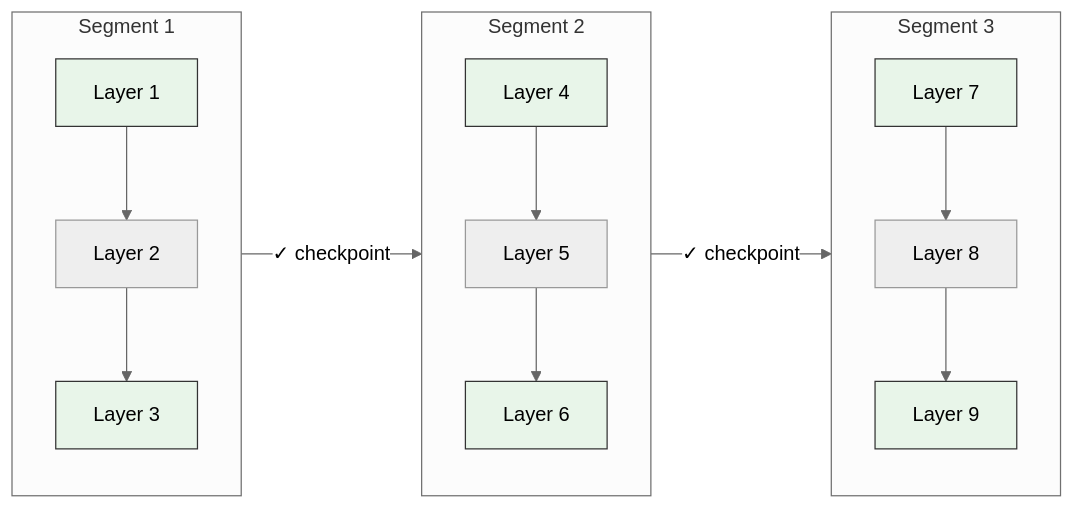
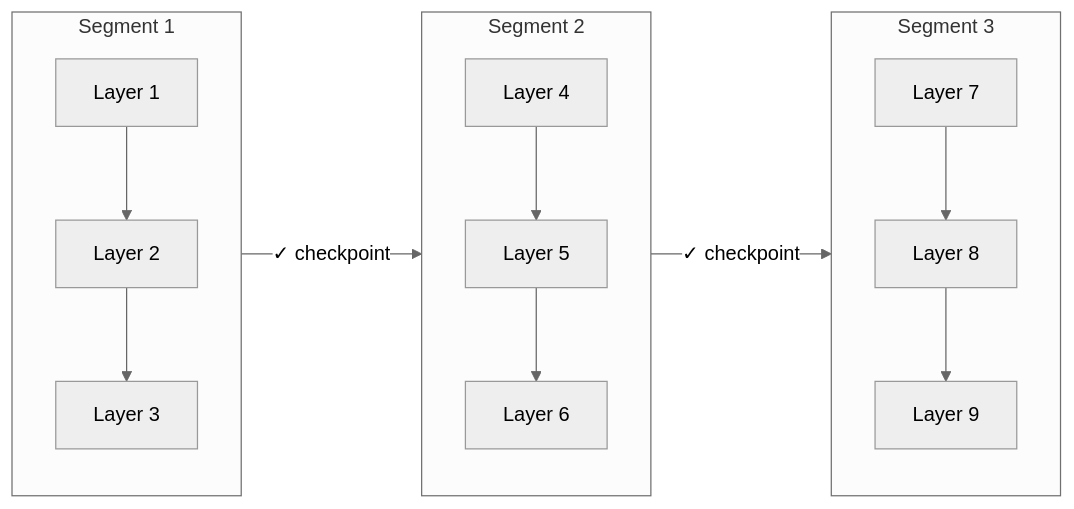
The sixth of 7 diagrams in posts/mlsys/dl-systems.qmd (ImadDabbura/imaddabbura.github.io), drawn with Mermaid (neutral theme) before and after one commit. The commit also changed other lines of this file and 19 other files, not shown here.

````diff
--- a/posts/mlsys/dl-systems.qmd
+++ b/posts/mlsys/dl-systems.qmd
@@ -438,23 +426,17 @@
 ```{mermaid}
 %%| fig-cap: "Activation checkpointing: store only segment boundaries, recompute the rest during backward"
 flowchart LR
     subgraph seg1["Segment 1"]
         L1["Layer 1"] --> L2["Layer 2"] --> L3["Layer 3"]
     end
     subgraph seg2["Segment 2"]
         L4["Layer 4"] --> L5["Layer 5"] --> L6["Layer 6"]
     end
     subgraph seg3["Segment 3"]
         L7["Layer 7"] --> L8["Layer 8"] --> L9["Layer 9"]
     end
 
     seg1 --> |"✓ checkpoint"| seg2
     seg2 --> |"✓ checkpoint"| seg3
 
-    style L1 fill:#e8f5e9,stroke:#333
-    style L3 fill:#e8f5e9,stroke:#333
-    style L4 fill:#e8f5e9,stroke:#333
-    style L6 fill:#e8f5e9,stroke:#333
-    style L7 fill:#e8f5e9,stroke:#333
-    style L9 fill:#e8f5e9,stroke:#333
 ```
````
